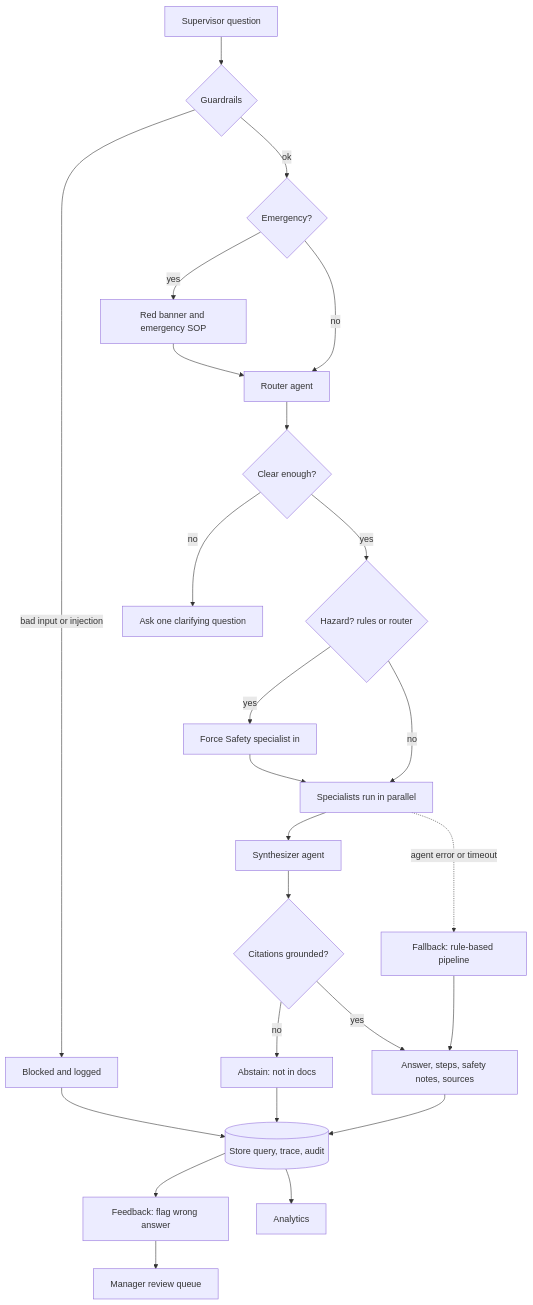
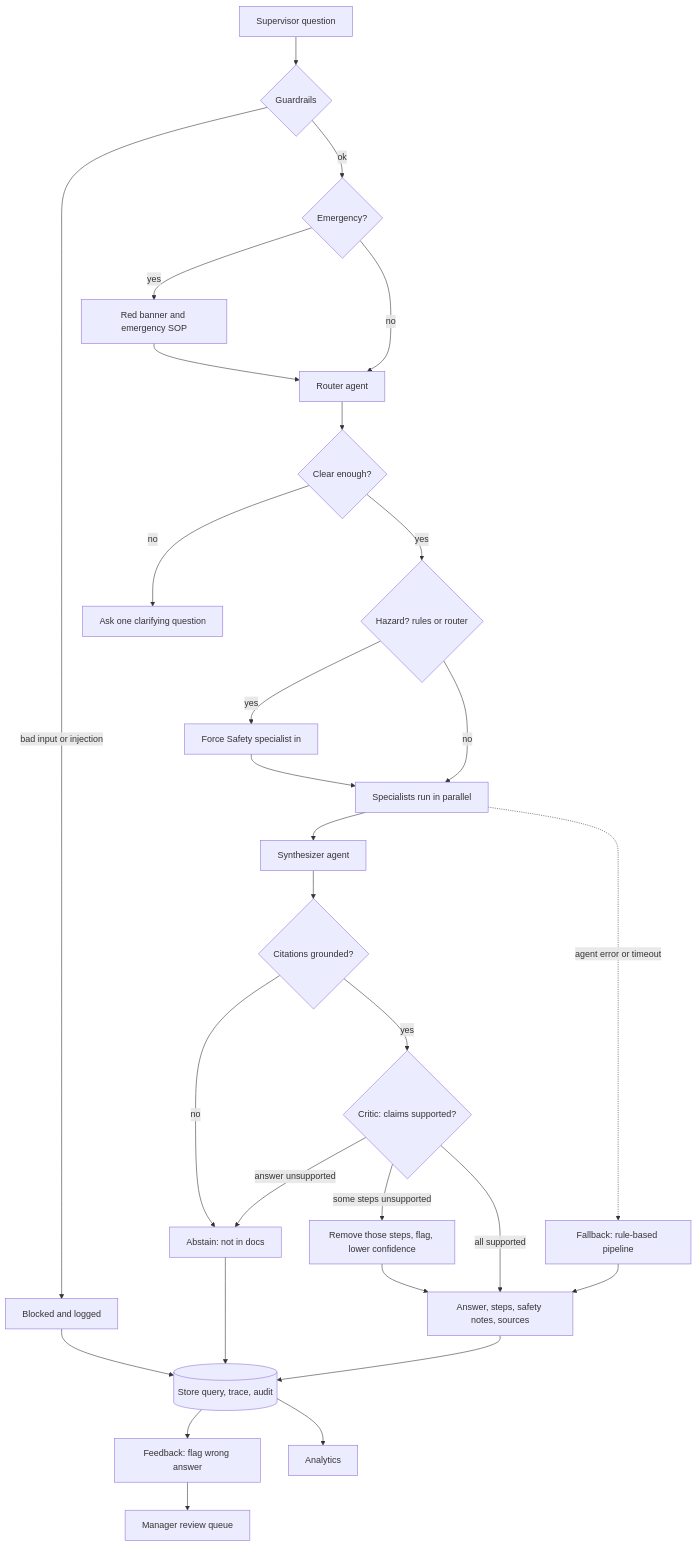
One commit to hemach-git/FAST changed the second of 3 diagrams in docs/architecture.md. Above: the diagram before and after it, drawn with Mermaid. The commit also changed other lines of this file and 14 other files, not shown here.

````diff
--- a/docs/architecture.md
+++ b/docs/architecture.md
@@ -46,28 +49,32 @@
 ```mermaid
 %% name: data_flow
 flowchart TD
   Q[Supervisor question] --> V{Guardrails}
   V -- bad input or injection --> B[Blocked and logged]
   V -- ok --> EM{Emergency?}
   EM -- yes --> BN[Red banner and emergency SOP]
   EM -- no --> RA[Router agent]
   BN --> RA
   RA --> CL{Clear enough?}
   CL -- no --> ASK[Ask one clarifying question]
   CL -- yes --> HZ{Hazard? rules or router}
   HZ -- yes --> ADD[Force Safety specialist in]
   HZ -- no --> SPEC[Specialists run in parallel]
   ADD --> SPEC
   SPEC --> SYN[Synthesizer agent]
   SYN --> GCH{Citations grounded?}
   GCH -- no --> AB[Abstain: not in docs]
-  GCH -- yes --> OUT[Answer, steps, safety notes, sources]
+  GCH -- yes --> CRT{Critic: claims supported?}
+  CRT -- answer unsupported --> AB
+  CRT -- some steps unsupported --> TRIM[Remove those steps, flag, lower confidence]
+  CRT -- all supported --> OUT[Answer, steps, safety notes, sources]
+  TRIM --> OUT
   SPEC -. agent error or timeout .-> FBK[Fallback: rule-based pipeline]
   FBK --> OUT
   OUT --> ST[(Store query, trace, audit)]
   AB --> ST
   B --> ST
   ST --> FDB[Feedback: flag wrong answer]
   FDB --> HR[Manager review queue]
   ST --> KPI[Analytics]
 ```
````
